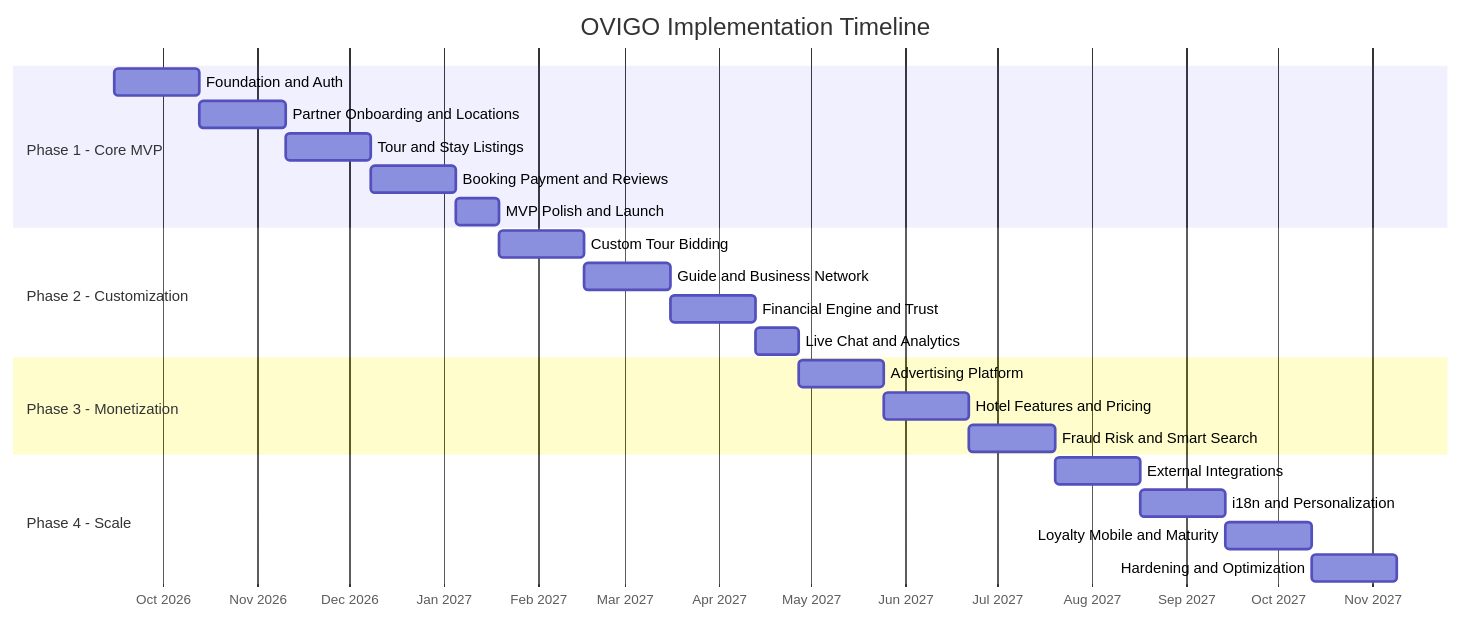
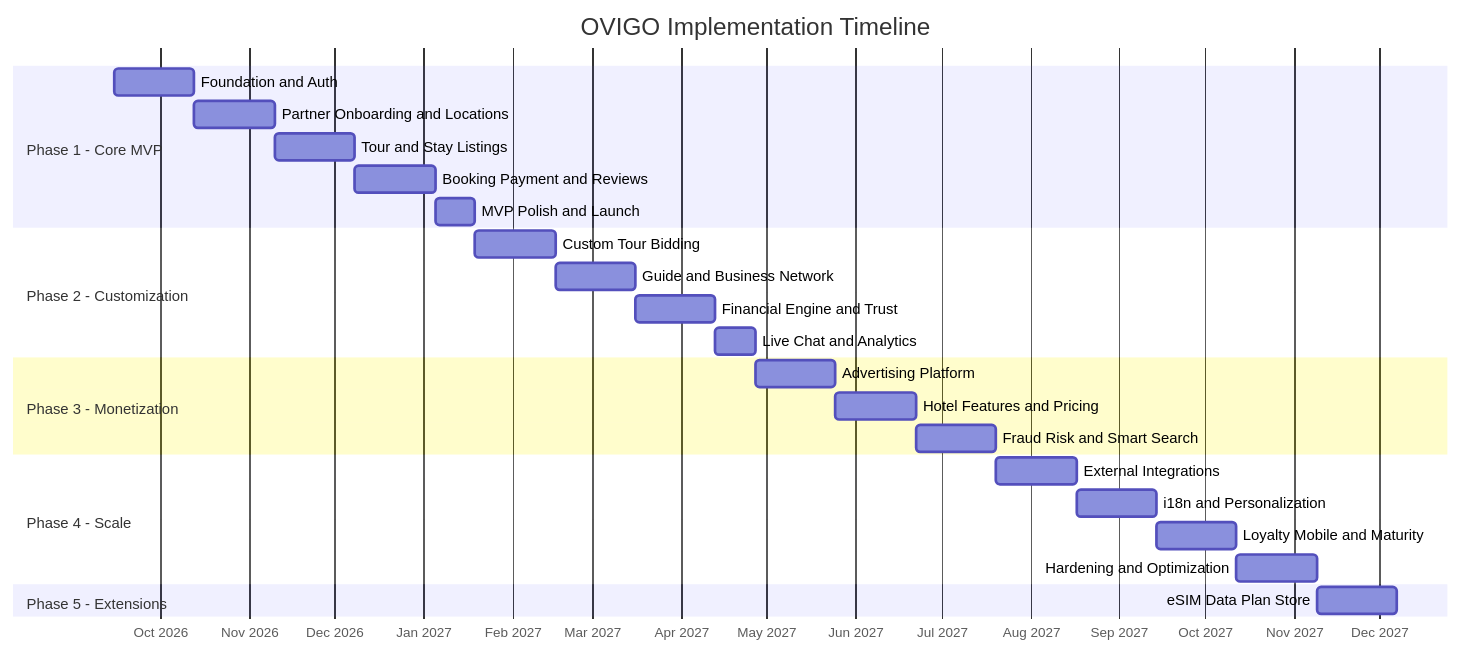
One commit to salman1237/Ovigo changed the fifth of 5 diagrams in OVIGO_TECHNICAL_DOCUMENT.md. Above: the diagram before and after it, drawn with Mermaid. The commit also changed other lines of this file and 37 other files, not shown here.

First line of the commit message:
feat: Sprint 31-32 — eSIM Data Plan Store (Triptel Partner Reseller API)

````diff
--- a/OVIGO_TECHNICAL_DOCUMENT.md
+++ b/OVIGO_TECHNICAL_DOCUMENT.md
@@ -1367,30 +1411,33 @@
 ```mermaid
 gantt
     title OVIGO Implementation Timeline
     dateFormat  YYYY-MM-DD
     axisFormat  %b %Y
 
     section Phase 1 - Core MVP
     Foundation and Auth              :p1s1, 2026-09-15, 4w
     Partner Onboarding and Locations :p1s2, after p1s1, 4w
     Tour and Stay Listings           :p1s3, after p1s2, 4w
     Booking Payment and Reviews      :p1s4, after p1s3, 4w
     MVP Polish and Launch            :p1s5, after p1s4, 2w
 
     section Phase 2 - Customization
     Custom Tour Bidding              :p2s1, after p1s5, 4w
     Guide and Business Network       :p2s2, after p2s1, 4w
     Financial Engine and Trust       :p2s3, after p2s2, 4w
     Live Chat and Analytics          :p2s4, after p2s3, 2w
 
     section Phase 3 - Monetization
     Advertising Platform             :p3s1, after p2s4, 4w
     Hotel Features and Pricing       :p3s2, after p3s1, 4w
     Fraud Risk and Smart Search      :p3s3, after p3s2, 4w
 
     section Phase 4 - Scale
     External Integrations            :p4s1, after p3s3, 4w
     i18n and Personalization         :p4s2, after p4s1, 4w
     Loyalty Mobile and Maturity      :p4s3, after p4s2, 4w
     Hardening and Optimization       :p4s4, after p4s3, 4w
+
+    section Phase 5 - Extensions
+    eSIM Data Plan Store             :p5s1, after p4s4, 4w
 ```
````
